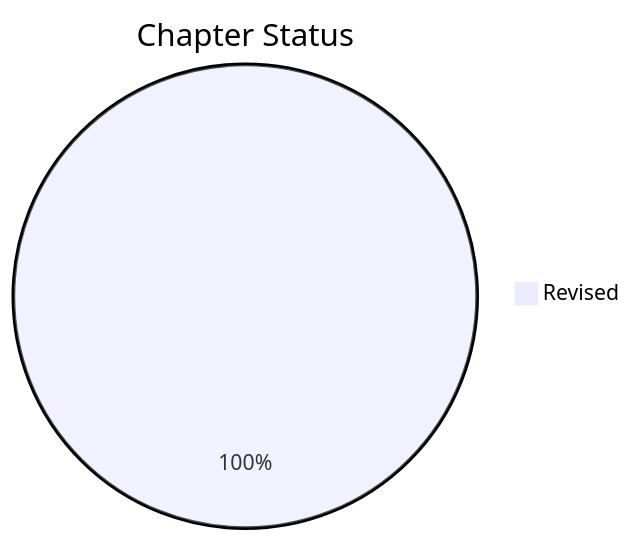
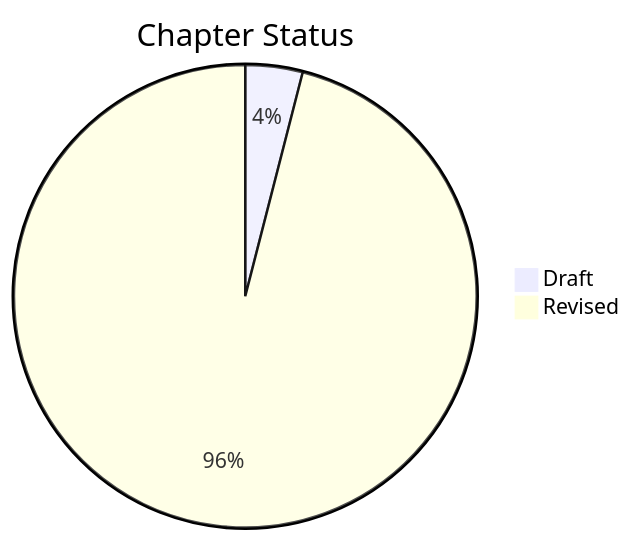
One commit to GOATnote-Inc/untamedpursuit changed the fifth of 7 diagrams in README.md. Above: the diagram before and after it, drawn with Mermaid. The commit also changed other lines of this file and 4 other files, not shown here.

````diff
--- a/README.md
+++ b/README.md
@@ -231,4 +239,5 @@
 ```mermaid
 pie title Chapter Status
+    "Draft" : 1
     "Revised" : 24
 ```
````
